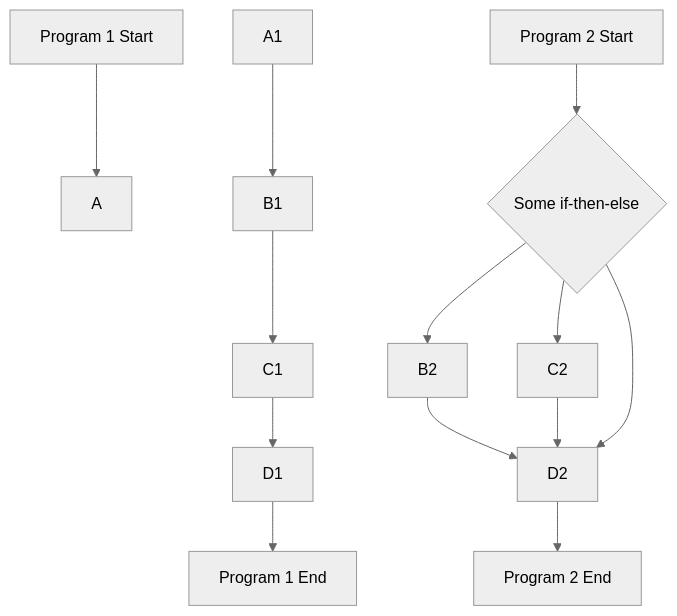
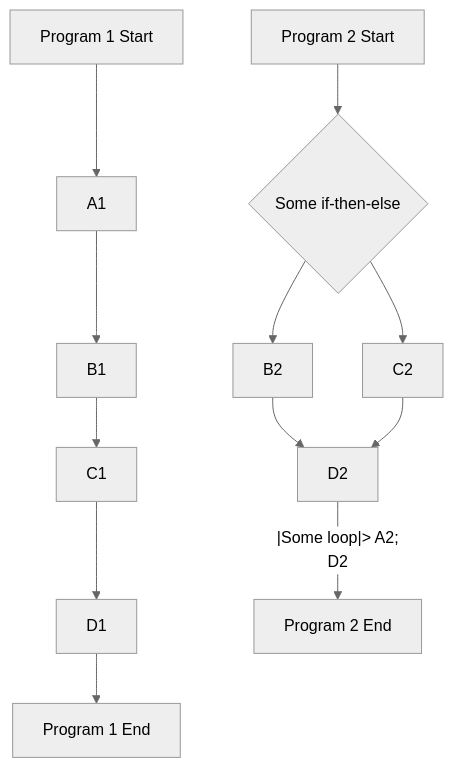
Before and after one commit to leonmartin/c-sharp-course: the diagram in Milestone01/instructions.md, drawn with Mermaid (neutral theme).

Commit message:
quicksave

````diff
--- a/Milestone01/instructions.md
+++ b/Milestone01/instructions.md
@@ -41,16 +41,16 @@
 ```mermaid
     flowchart TD;
-        X1[Program 1 Start] --> A;
+        X1[Program 1 Start] --> A1;
         A1 --> B1;
         B1 --> C1;
         C1 --> D1;
         D1 --> Y1[Program 1 End];
 
         X2[Program 2 Start] --> A2;
         A2{Some if-then-else} --> B2;
         A2{Some if-then-else} --> C2;
         B2 --> D2;
         C2 --> D2;
-        A2 --> D2;
+        D2 --|Some loop|> A2;
         D2 --> Y2[Program 2 End];
 ```
````
